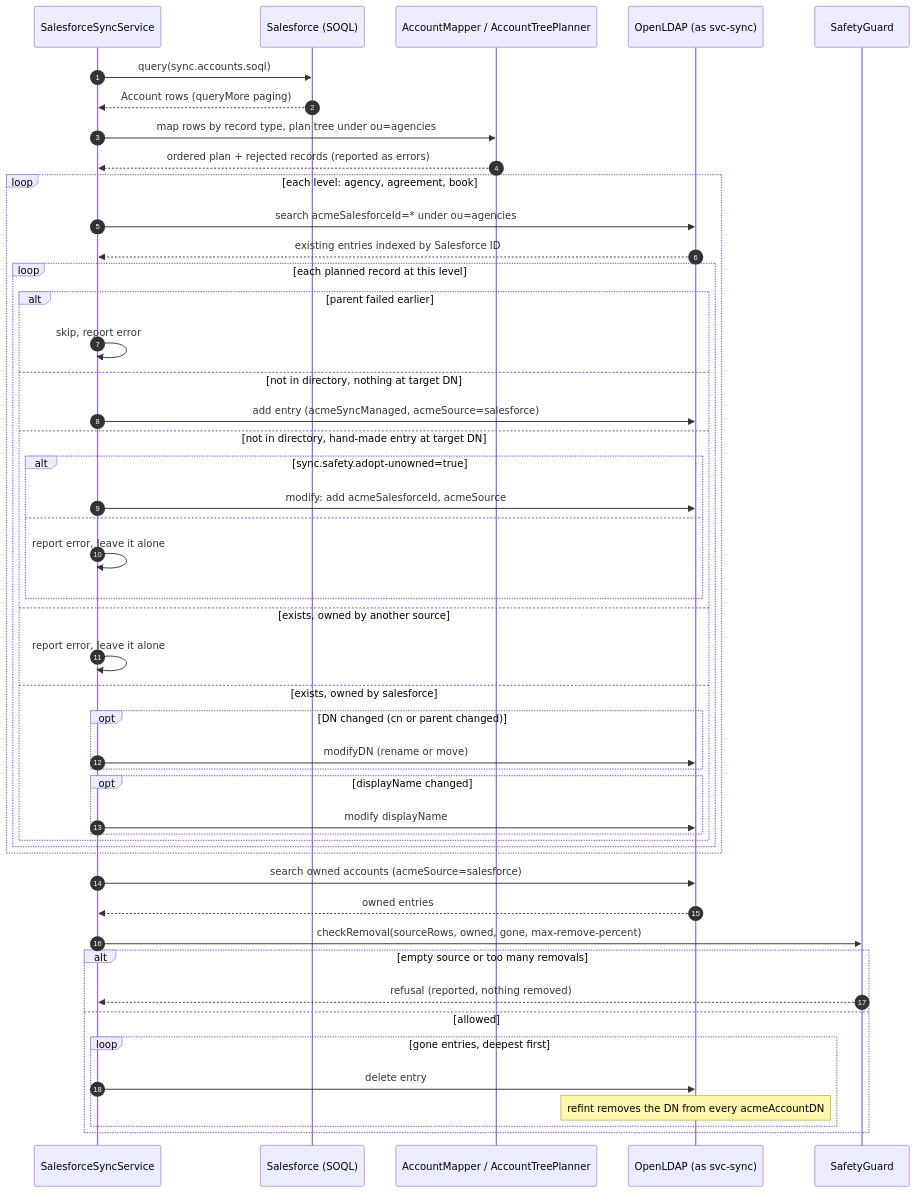
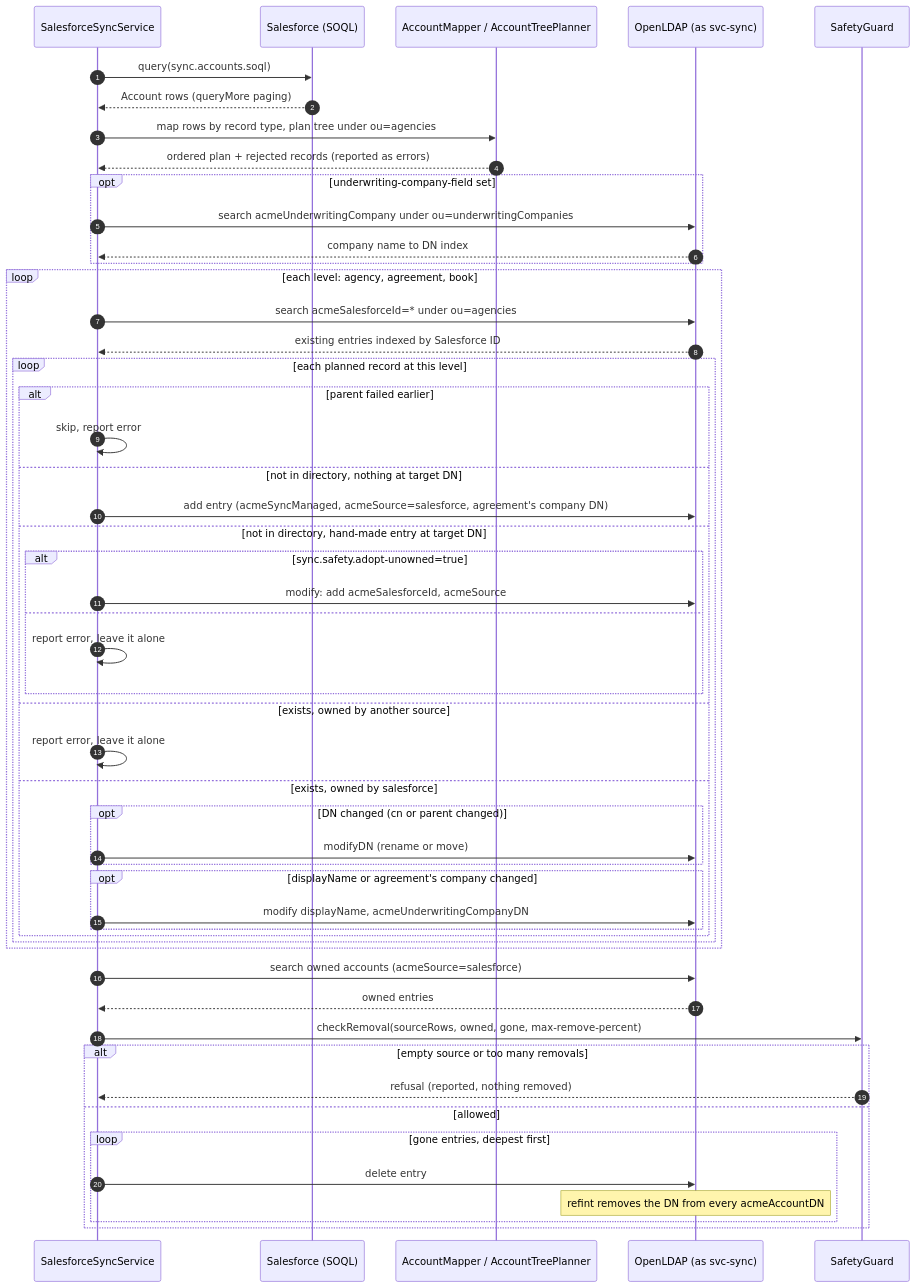
The second of 3 diagrams in docs/sequence/salesforce-sync.md (willmorejg/sf-ldap-sync), drawn with Mermaid before and after one commit. The commit also changed other lines of this file and 26 other files, not shown here.

First line of the commit message:
feat: add support for underwriting companies in LDAP schema and sync process

````diff
--- a/docs/sequence/salesforce-sync.md
+++ b/docs/sequence/salesforce-sync.md
@@ -56,53 +62,57 @@
 ```mermaid
 sequenceDiagram
     autonumber
     participant S as SalesforceSyncService
     participant SF as Salesforce (SOQL)
     participant P as AccountMapper / AccountTreePlanner
     participant L as OpenLDAP (as svc-sync)
     participant G as SafetyGuard
 
     S->>SF: query(sync.accounts.soql)
     SF-->>S: Account rows (queryMore paging)
     S->>P: map rows by record type, plan tree under ou=agencies
     P-->>S: ordered plan + rejected records (reported as errors)
+    opt underwriting-company-field set
+        S->>L: search acmeUnderwritingCompany under ou=underwritingCompanies
+        L-->>S: company name to DN index
+    end
 
     loop each level: agency, agreement, book
         S->>L: search acmeSalesforceId=* under ou=agencies
         L-->>S: existing entries indexed by Salesforce ID
         loop each planned record at this level
             alt parent failed earlier
                 S->>S: skip, report error
             else not in directory, nothing at target DN
-                S->>L: add entry (acmeSyncManaged, acmeSource=salesforce)
+                S->>L: add entry (acmeSyncManaged, acmeSource=salesforce, agreement's company DN)
             else not in directory, hand-made entry at target DN
                 alt sync.safety.adopt-unowned=true
                     S->>L: modify: add acmeSalesforceId, acmeSource
                 else
                     S->>S: report error, leave it alone
                 end
             else exists, owned by another source
                 S->>S: report error, leave it alone
             else exists, owned by salesforce
                 opt DN changed (cn or parent changed)
                     S->>L: modifyDN (rename or move)
                 end
-                opt displayName changed
-                    S->>L: modify displayName
+                opt displayName or agreement's company changed
+                    S->>L: modify displayName, acmeUnderwritingCompanyDN
                 end
             end
         end
     end
 
     S->>L: search owned accounts (acmeSource=salesforce)
     L-->>S: owned entries
     S->>G: checkRemoval(sourceRows, owned, gone, max-remove-percent)
     alt empty source or too many removals
         G-->>S: refusal (reported, nothing removed)
     else allowed
         loop gone entries, deepest first
             S->>L: delete entry
             Note over L: refint removes the DN from every acmeAccountDN
         end
     end
 ```
````
